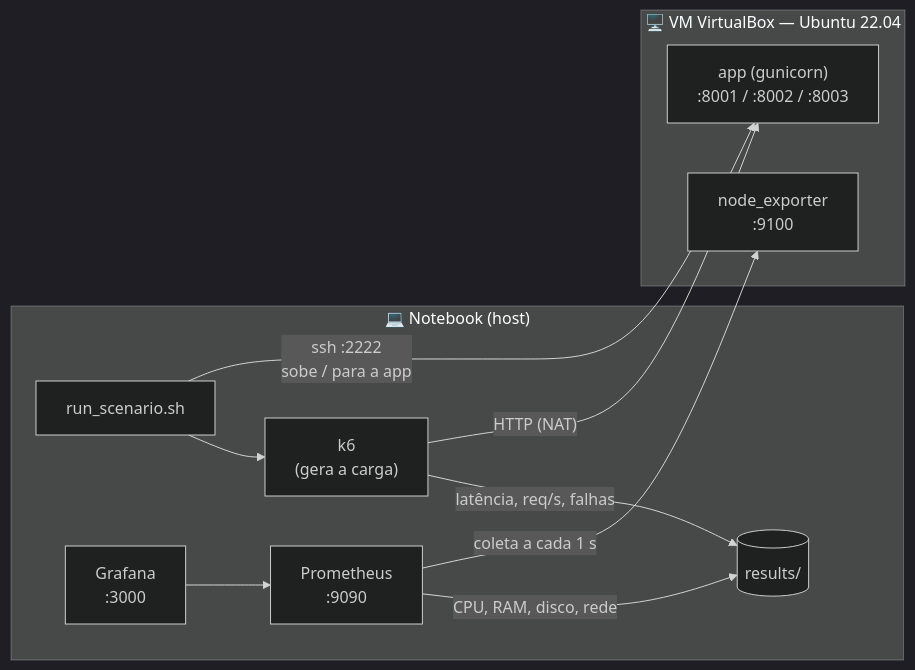
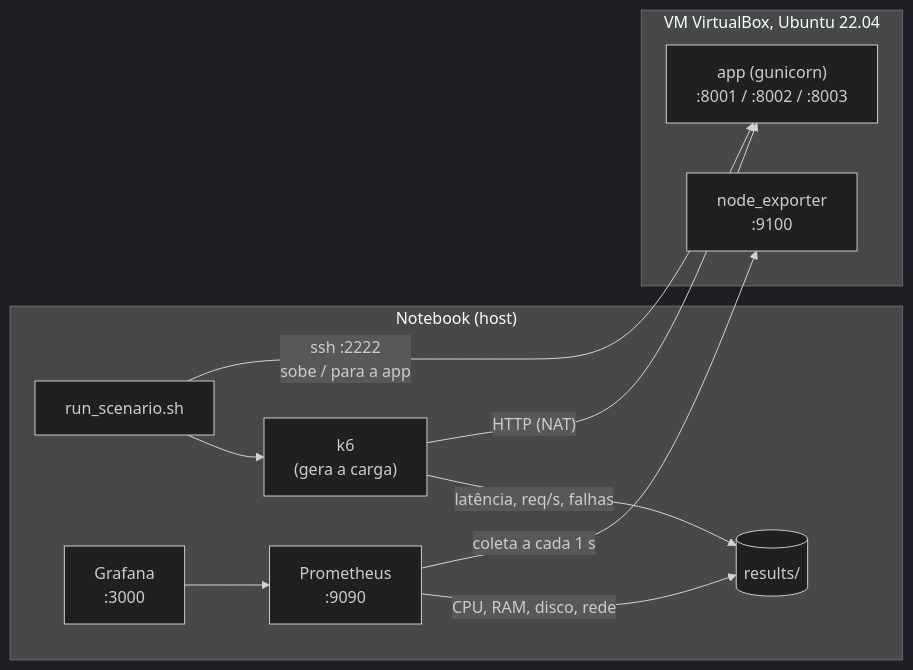
One commit to POI-pevieu/POI-lab-01 changed the first of 2 diagrams in README.md. Above: the diagram before and after it, drawn with Mermaid (dark theme). The commit also changed other lines of this file and 201 other files, not shown here.

````diff
--- a/README.md
+++ b/README.md
@@ -33,21 +23,21 @@
 ```mermaid
 flowchart LR
-    subgraph NB["💻 Notebook (host)"]
+    subgraph NB["Notebook (host)"]
         RS["run_scenario.sh"]
         K6["k6<br/>(gera a carga)"]
         PR["Prometheus<br/>:9090"]
         GF["Grafana<br/>:3000"]
         RES[("results/")]
     end
-    subgraph VM["🖥️ VM VirtualBox — Ubuntu 22.04"]
+    subgraph VM["VM VirtualBox, Ubuntu 22.04"]
         APP["app (gunicorn)<br/>:8001 / :8002 / :8003"]
         NE["node_exporter<br/>:9100"]
     end
     RS -- "ssh :2222<br/>sobe / para a app" --> APP
     RS --> K6
     K6 -- "HTTP (NAT)" --> APP
     PR -- "coleta a cada 1 s" --> NE
     GF --> PR
     K6 -- "latência, req/s, falhas" --> RES
     PR -- "CPU, RAM, disco, rede" --> RES
 ```
````
